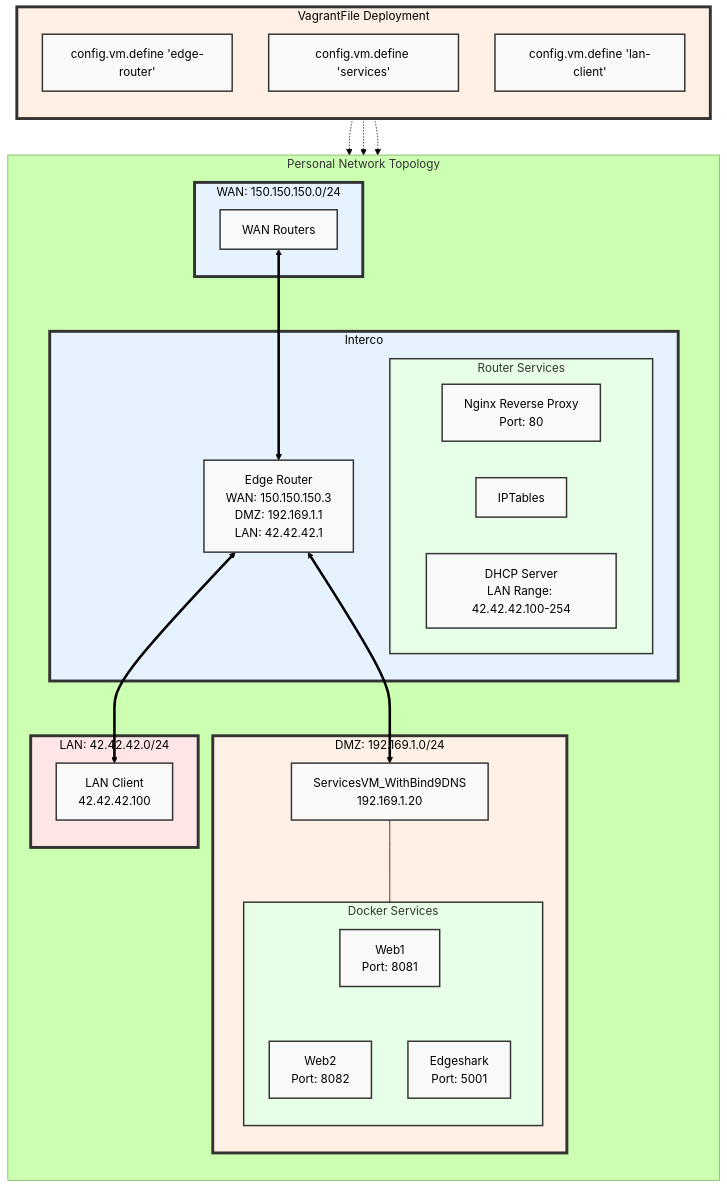
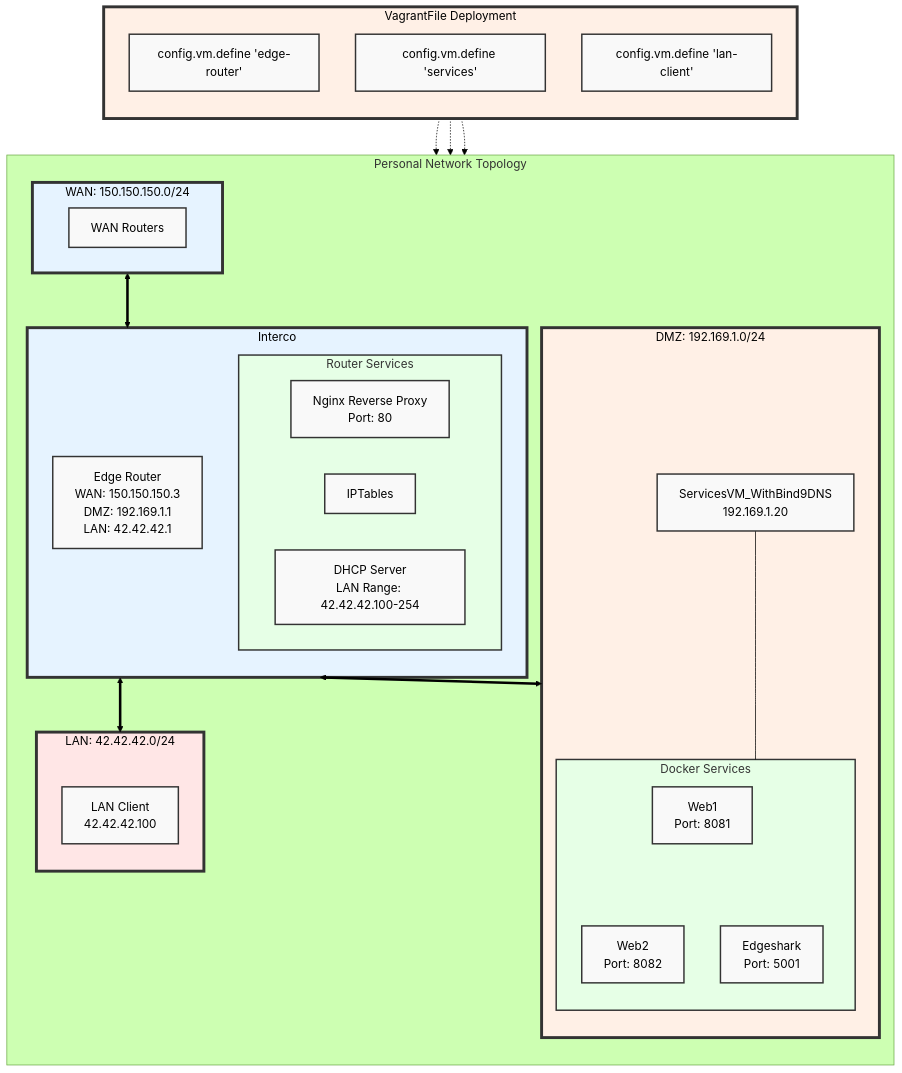
Before and after one commit to P4C-M4N/projet_reseau: the diagram in README-Yoann.md, drawn with Mermaid (forest theme).

````diff
--- a/README-Yoann.md
+++ b/README-Yoann.md
@@ -5,60 +5,60 @@
 ```mermaid
 graph TB
     subgraph VagrantFile[VagrantFile Deployment]
         direction TB
         style VagrantFile fill:#fff0e6,stroke:#333,stroke-width:4px
         VF1["config.vm.define 'edge-router'"]
         VF2["config.vm.define 'services'"]
         VF3["config.vm.define 'lan-client'"]
     end
 
     subgraph PersonalNetwork[Personal Network Topology]
         direction TB
         subgraph WAN[WAN: 150.150.150.0/24]
             style WAN fill:#e6f3ff,stroke:#333,stroke-width:4px
             WANRouter[WAN Routers]
         end
 
         subgraph Interco[Interco]
             style Interco fill:#e6f3ff,stroke:#333,stroke-width:4px
             EdgeRouter[Edge Router<br>WAN: 150.150.150.3<br>DMZ: 192.169.1.1<br>LAN: 42.42.42.1]
             subgraph RouterServices[Router Services]
                 style RouterServices fill:#e6ffe6,stroke:#333,stroke-width:2px
                 NginxProxy["Nginx Reverse Proxy<br>Port: 80"]
                 IPTables["IPTables"]
                 DHCP["DHCP Server<br>LAN Range: 42.42.42.100-254"]
             end
         end
 
         subgraph DMZ[DMZ: 192.169.1.0/24]
             style DMZ fill:#fff0e6,stroke:#333,stroke-width:4px
             Services[ServicesVM_WithBind9DNS<br>192.169.1.20]
             subgraph DockerServices[Docker Services]
                 style DockerServices fill:#e6ffe6,stroke:#333,stroke-width:2px
                 Web1["Web1<br>Port: 8081"]
                 Web2["Web2<br>Port: 8082"]
                 Edgeshark["Edgeshark<br>Port: 5001"]
             end
         end
 
         subgraph LAN[LAN: 42.42.42.0/24]
             style LAN fill:#ffe6e6,stroke:#333,stroke-width:4px
             Client[LAN Client<br>42.42.42.100]
         end
     end
 
-    WANRouter <==> EdgeRouter
-    EdgeRouter <==> Client
-    EdgeRouter <==> Services
+    WAN <==> Interco
+    Interco <==> LAN
+    Interco <==> DMZ
     Services --- DockerServices
     DockerServices --- Web1 & Web2 & Edgeshark
     VF1 -.-> EdgeRouter
     VF2 -.-> Services
     VF3 -.-> Client
 
     classDef default fill:#f9f9f9,stroke:#333,stroke-width:2px,color:black;
     classDef vagrantFile fill:#fff0e6,stroke:#333,stroke-width:4px,color:black;
     
     class DMZ,LAN,WAN default;
     class VagrantFile,Interco default;
 ```
````
